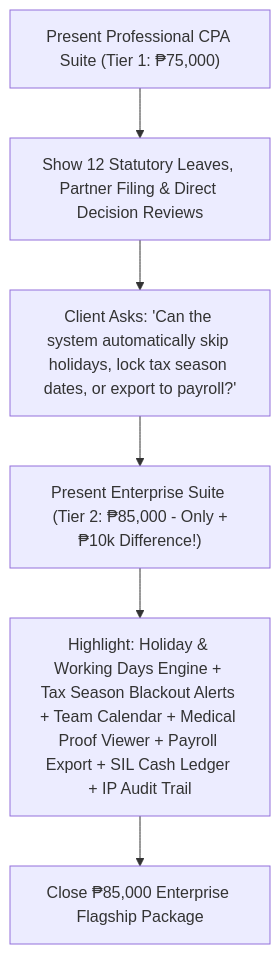
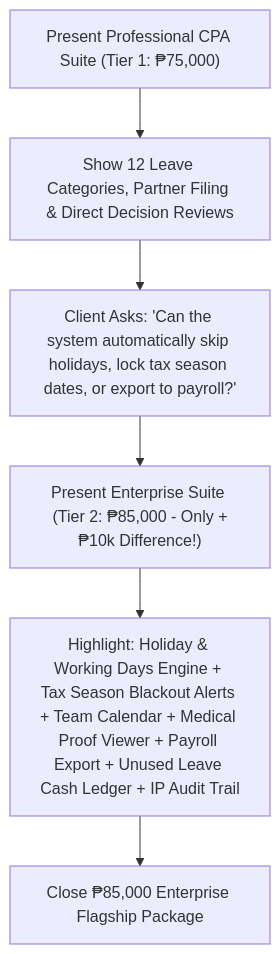
Before and after one commit to ggaaiiaaaaaa/leave-management: the diagram in PROPOSAL_TIERS.md, drawn with Mermaid. The commit also changed other lines of this file and 5 other files, not shown here.

````diff
--- a/PROPOSAL_TIERS.md
+++ b/PROPOSAL_TIERS.md
@@ -71,8 +71,8 @@
 ```mermaid
 graph TD
-    A["Present Professional CPA Suite (Tier 1: ₱75,000)"] --> B["Show 12 Statutory Leaves, Partner Filing & Direct Decision Reviews"]
+    A["Present Professional CPA Suite (Tier 1: ₱75,000)"] --> B["Show 12 Leave Categories, Partner Filing & Direct Decision Reviews"]
     B --> C["Client Asks: 'Can the system automatically skip holidays, lock tax season dates, or export to payroll?'"]
     C --> D["Present Enterprise Suite (Tier 2: ₱85,000 - Only +₱10k Difference!)"]
-    D --> E["Highlight: Holiday & Working Days Engine + Tax Season Blackout Alerts + Team Calendar + Medical Proof Viewer + Payroll Export + SIL Cash Ledger + IP Audit Trail"]
+    D --> E["Highlight: Holiday & Working Days Engine + Tax Season Blackout Alerts + Team Calendar + Medical Proof Viewer + Payroll Export + Unused Leave Cash Ledger + IP Audit Trail"]
     E --> F["Close ₱85,000 Enterprise Flagship Package"]
 ```
````
